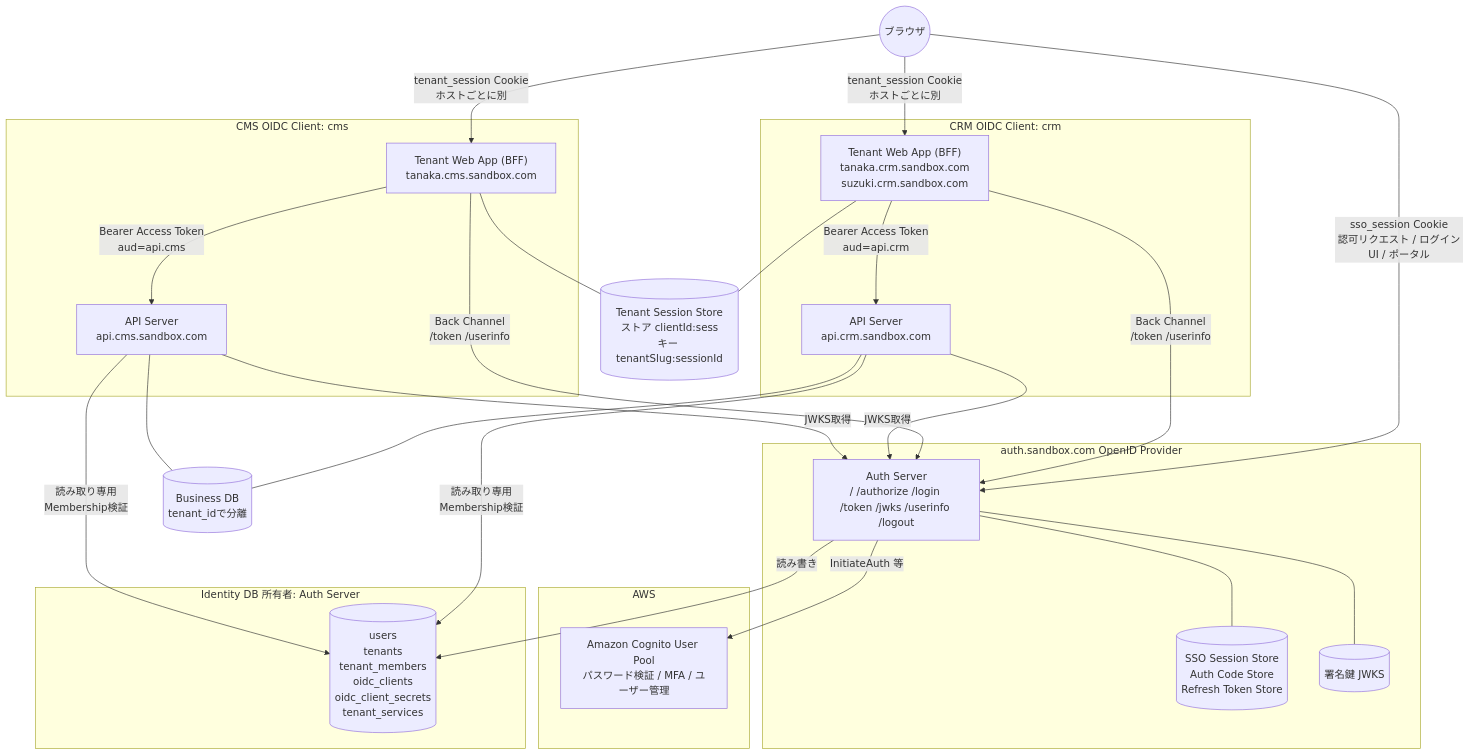
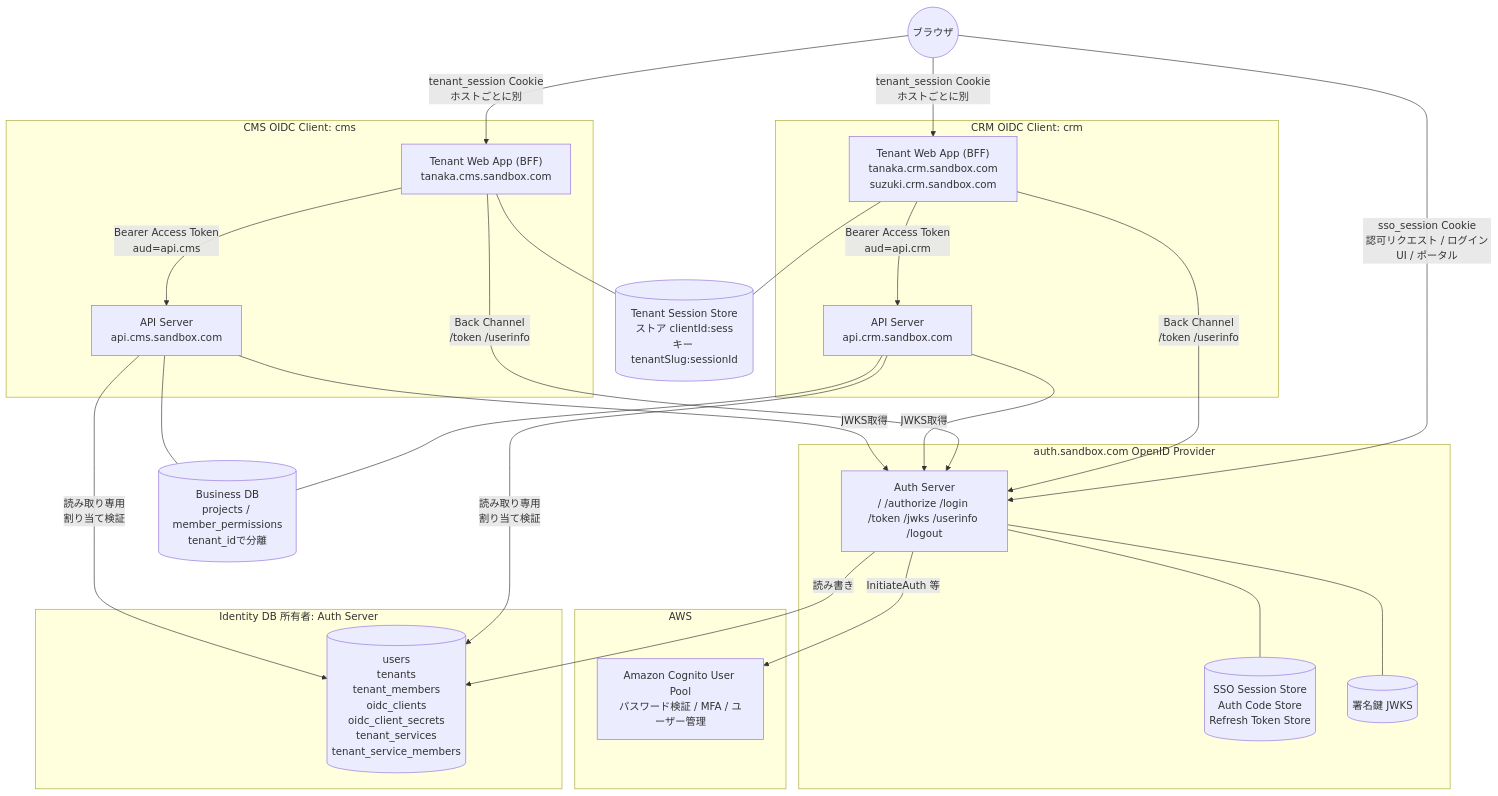
The first of 2 diagrams in docs/design/01-system-architecture.md (daisuke-tanabe/multi-domain-sandbox), drawn with Mermaid before and after one commit. The commit also changed other lines of this file and 48 other files, not shown here.

````diff
--- a/docs/design/01-system-architecture.md
+++ b/docs/design/01-system-architecture.md
@@ -13,51 +13,51 @@
 ```mermaid
 flowchart TB
     User((ブラウザ))
 
     subgraph AWS
         Cognito["Amazon Cognito User Pool<br/>パスワード検証 / MFA / ユーザー管理"]
     end
 
     subgraph AuthLayer ["auth.sandbox.com  OpenID Provider"]
         Auth["Auth Server<br/>/ /authorize /login /token /jwks /userinfo /logout"]
         SsoStore[("SSO Session Store<br/>Auth Code Store<br/>Refresh Token Store")]
         Keys[("署名鍵 JWKS")]
         Auth --- SsoStore
         Auth --- Keys
     end
 
     subgraph Identity ["Identity DB  所有者: Auth Server"]
-        IdDB[("users<br/>tenants<br/>tenant_members<br/>oidc_clients<br/>oidc_client_secrets<br/>tenant_services")]
+        IdDB[("users<br/>tenants<br/>tenant_members<br/>oidc_clients<br/>oidc_client_secrets<br/>tenant_services<br/>tenant_service_members")]
     end
 
     subgraph Crm ["CRM  OIDC Client: crm"]
         WebCrm["Tenant Web App (BFF)<br/>tanaka.crm.sandbox.com<br/>suzuki.crm.sandbox.com"]
         ApiCrm["API Server<br/>api.crm.sandbox.com"]
     end
 
     subgraph Cms ["CMS  OIDC Client: cms"]
         WebCms["Tenant Web App (BFF)<br/>tanaka.cms.sandbox.com"]
         ApiCms["API Server<br/>api.cms.sandbox.com"]
     end
 
     Sess[("Tenant Session Store<br/>ストア clientId:sess<br/>キー tenantSlug:sessionId")]
-    BizDB[("Business DB<br/>tenant_idで分離")]
+    BizDB[("Business DB<br/>projects / member_permissions<br/>tenant_idで分離")]
 
     User -- "tenant_session Cookie<br/>ホストごとに別" --> WebCrm
     User -- "tenant_session Cookie<br/>ホストごとに別" --> WebCms
     User -- "sso_session Cookie<br/>認可リクエスト / ログインUI / ポータル" --> Auth
     Auth -- "InitiateAuth 等" --> Cognito
     Auth -- "読み書き" --> IdDB
     WebCrm -- "Back Channel<br/>/token /userinfo" --> Auth
     WebCms -- "Back Channel<br/>/token /userinfo" --> Auth
     WebCrm --- Sess
     WebCms --- Sess
     WebCrm -- "Bearer Access Token<br/>aud=api.crm" --> ApiCrm
     WebCms -- "Bearer Access Token<br/>aud=api.cms" --> ApiCms
     ApiCrm --- BizDB
     ApiCms --- BizDB
-    ApiCrm -- "読み取り専用<br/>Membership検証" --> IdDB
-    ApiCms -- "読み取り専用<br/>Membership検証" --> IdDB
+    ApiCrm -- "読み取り専用<br/>割り当て検証" --> IdDB
+    ApiCms -- "読み取り専用<br/>割り当て検証" --> IdDB
     ApiCrm -- "JWKS取得" --> Auth
     ApiCms -- "JWKS取得" --> Auth
 ```
````
